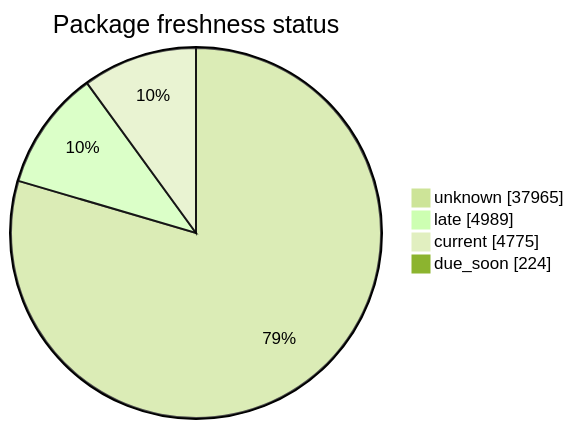
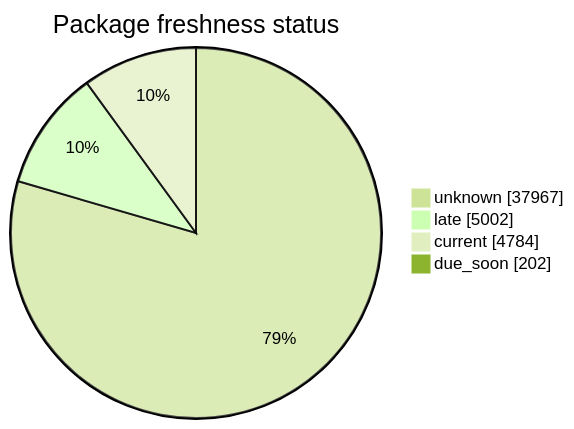
The second of 5 diagrams in FreshCheck/README.md (open-data/analytics-corporate-reporting), drawn with Mermaid (forest theme) before and after one commit. The commit also changed other lines of this file and 3 other files, not shown here.

````diff
--- a/FreshCheck/README.md
+++ b/FreshCheck/README.md
@@ -68,7 +68,7 @@
 ```mermaid
 pie showData title Package freshness status
-    "unknown": 37965
-    "late": 4989
-    "current": 4775
-    "due_soon": 224
+    "unknown": 37967
+    "late": 5002
+    "current": 4784
+    "due_soon": 202
 ```
````
